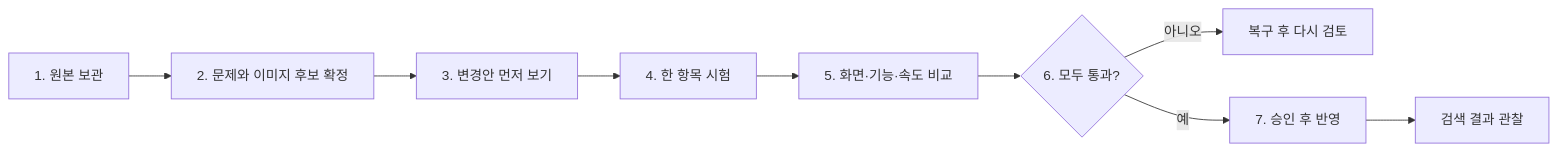
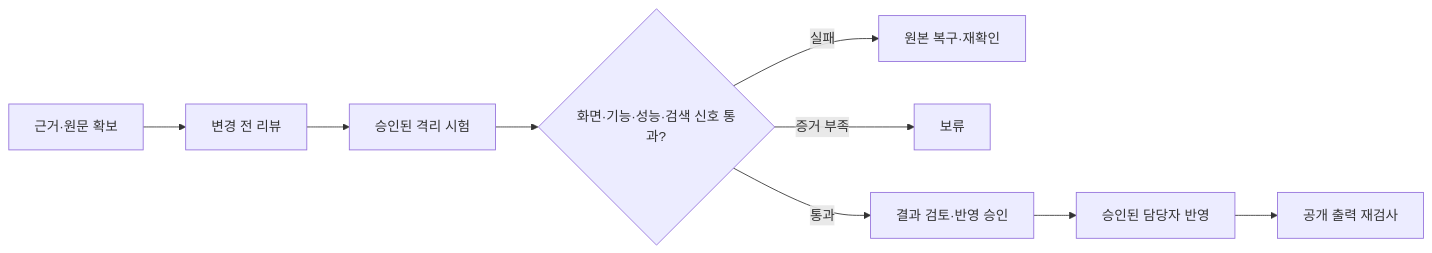
The second of 2 diagrams in docs/04-WORKFLOW.md (byeonghoyoo/beautyblossom-seo-aeo), drawn with Mermaid before and after one commit. The commit also changed other lines of this file and 15 other files, not shown here.

````diff
--- a/docs/04-WORKFLOW.md
+++ b/docs/04-WORKFLOW.md
@@ -3,11 +60,11 @@
 ```mermaid
 flowchart LR
-    A[1. 원본 보관] --> B[2. 문제와 이미지 후보 확정]
-    B --> C[3. 변경안 먼저 보기]
-    C --> D[4. 한 항목 시험]
-    D --> E[5. 화면·기능·속도 비교]
-    E --> F{6. 모두 통과?}
-    F -- 아니오 --> G[복구 후 다시 검토]
-    F -- 예 --> H[7. 승인 후 반영]
-    H --> I[검색 결과 관찰]
+    A["근거·원문 확보"] --> B["변경 전 리뷰"]
+    B --> C["승인된 격리 시험"]
+    C --> D{"화면·기능·성능·검색 신호 통과?"}
+    D -- 실패 --> E["원본 복구·재확인"]
+    D -- 증거 부족 --> F["보류"]
+    D -- 통과 --> G["결과 검토·반영 승인"]
+    G --> H["승인된 담당자 반영"]
+    H --> I["공개 출력 재검사"]
 ```
````
